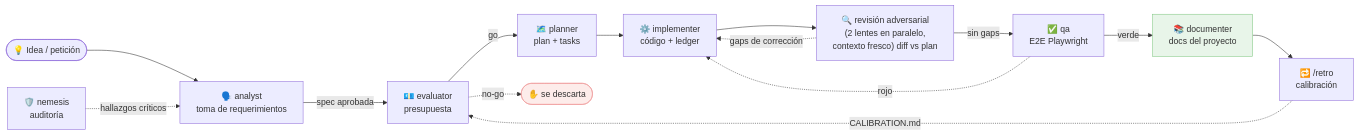
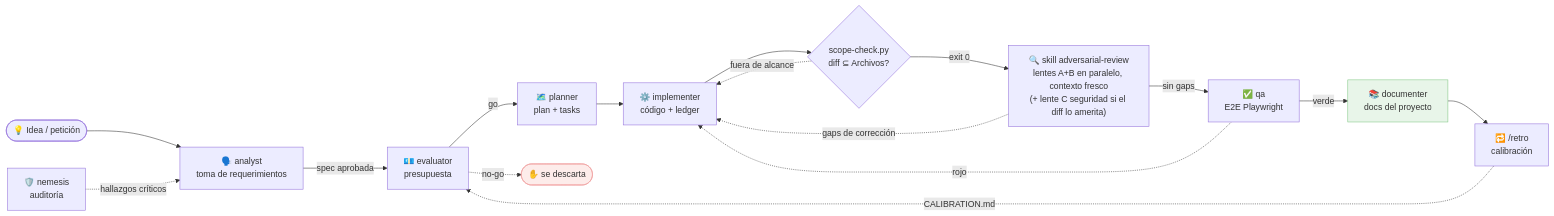
One commit to daycry/custom-agents changed the second of 11 diagrams in docs/FLOWS.md. Above: the diagram before and after it, drawn with Mermaid. The commit also changed other lines of this file and 99 other files, not shown here.

Commit message:
feat: live-visibility + guardrails + adversarial-review + debt-cleanup; cierre jira-granularity

````diff
--- a/docs/FLOWS.md
+++ b/docs/FLOWS.md
@@ -33,18 +33,20 @@
 ```mermaid
 flowchart LR
     idea(["💡 Idea / petición"]) --> analyst["🗣️ analyst<br/>toma de requerimientos"]
     analyst -->|spec aprobada| evaluator["💶 evaluator<br/>presupuesta"]
     evaluator -->|go| planner["🗺️ planner<br/>plan + tasks"]
     evaluator -.->|no-go| fin1(["✋ se descarta"])
     planner --> implementer["⚙️ implementer<br/>código + ledger"]
-    implementer --> review["🔍 revisión adversarial<br/>(2 lentes en paralelo,<br/>contexto fresco) diff vs plan"]
+    implementer --> scope{"scope-check.py<br/>diff ⊆ Archivos?"}
+    scope -.->|fuera de alcance| implementer
+    scope -->|exit 0| review["🔍 skill adversarial-review<br/>lentes A+B en paralelo, contexto fresco<br/>(+ lente C seguridad si el diff lo amerita)"]
     review -->|sin gaps| qa["✅ qa<br/>E2E Playwright"]
     review -.->|gaps de corrección| implementer
     qa -->|verde| documenter["📚 documenter<br/>docs del proyecto"]
     qa -.->|rojo| implementer
     documenter --> retro["🔁 /retro<br/>calibración"]
     nemesis["🛡️ nemesis<br/>auditoría"] -.->|hallazgos críticos| analyst
     retro -.->|CALIBRATION.md| evaluator
     style fin1 fill:#fdecea,stroke:#ef9a9a
     style documenter fill:#e8f5e9,stroke:#81c784
 ```
````
